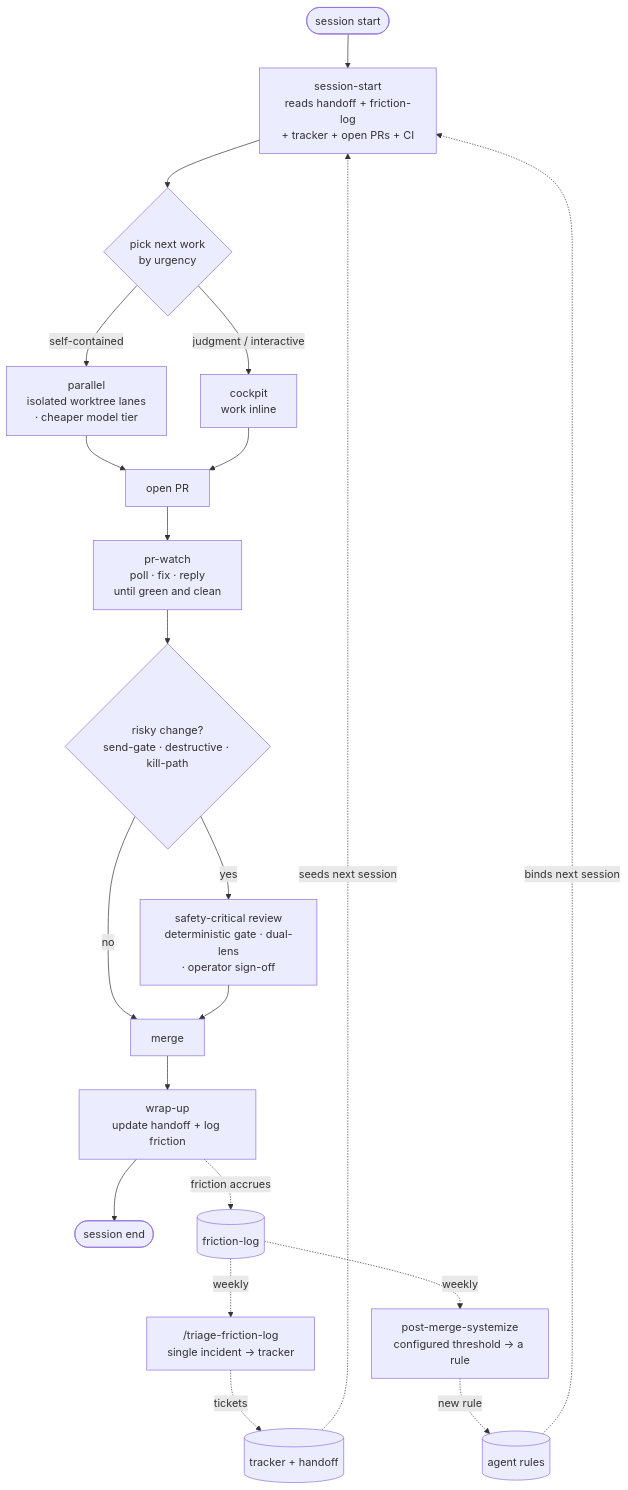
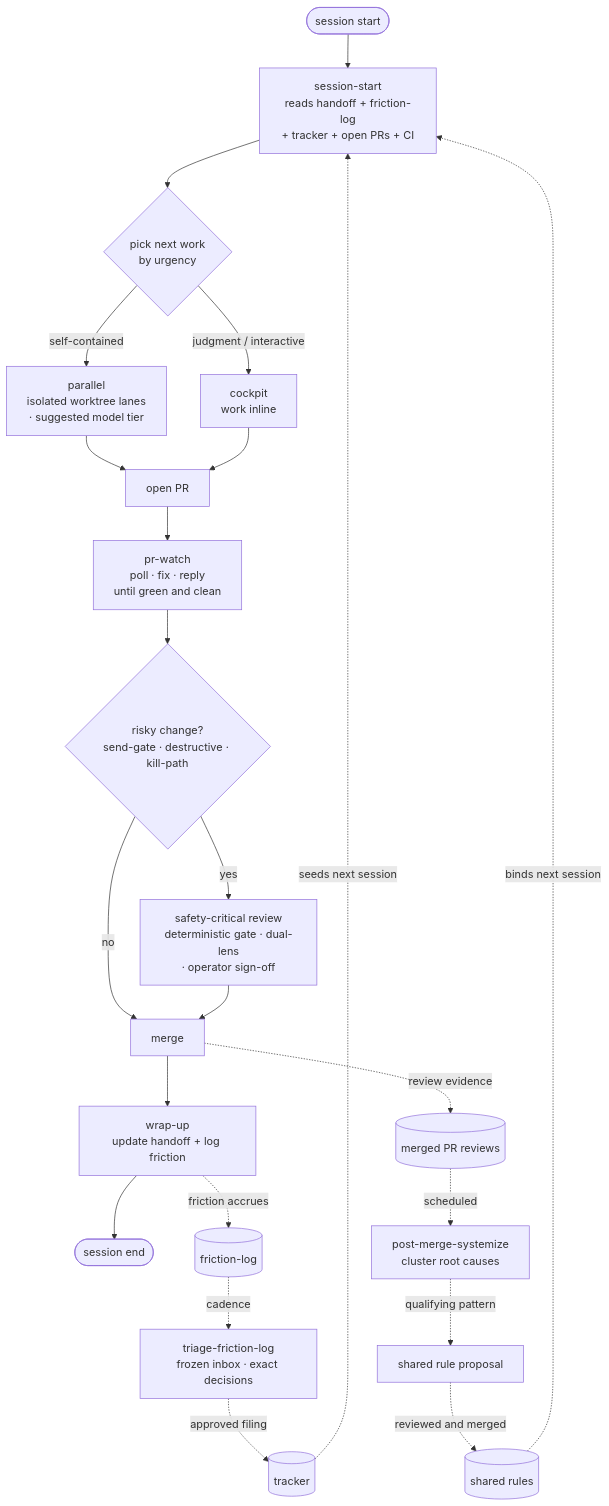
The diagram in README.md (topij/agentic-dev-kit), drawn with Mermaid before and after one commit. The commit also changed other lines of this file and 11 other files, not shown here.

First line of the commit message:
docs: add developer and architecture guides (#810)

````diff
--- a/README.md
+++ b/README.md
@@ -56,24 +64,26 @@
 ```mermaid
 flowchart TD
     A([session start]) --> B["session-start<br/>reads handoff + friction-log<br/>+ tracker + open PRs + CI"]
     B --> C{"pick next work<br/>by urgency"}
-    C -->|self-contained| D["parallel<br/>isolated worktree lanes<br/>· cheaper model tier"]
+    C -->|self-contained| D["parallel<br/>isolated worktree lanes<br/>· suggested model tier"]
     C -->|judgment / interactive| E["cockpit<br/>work inline"]
     D --> F["open PR"]
     E --> F
     F --> G["pr-watch<br/>poll · fix · reply<br/>until green and clean"]
     G --> H{"risky change?<br/>send-gate · destructive · kill-path"}
     H -->|yes| I["safety-critical review<br/>deterministic gate · dual-lens<br/>· operator sign-off"]
     H -->|no| J["merge"]
     I --> J
     J --> K["wrap-up<br/>update handoff + log friction"]
+    J -. review evidence .-> R[(merged PR reviews)]
     K --> L([session end])
 
     K -. friction accrues .-> M[(friction-log)]
-    M -. weekly .-> N["/triage-friction-log<br/>single incident → tracker"]
-    M -. weekly .-> O["post-merge-systemize<br/>configured threshold → a rule"]
-    N -. tickets .-> P[(tracker + handoff)]
-    O -. new rule .-> Q[(agent rules)]
+    M -. cadence .-> N["triage-friction-log<br/>frozen inbox · exact decisions"]
+    R[(merged PR reviews)] -. scheduled .-> O["post-merge-systemize<br/>cluster root causes"]
+    N -. approved filing .-> P[(tracker)]
+    O -. qualifying pattern .-> Q["shared rule proposal"]
+    Q -. reviewed and merged .-> S[(shared rules)]
     P -. seeds next session .-> B
-    Q -. binds next session .-> B
+    S -. binds next session .-> B
 ```
````
